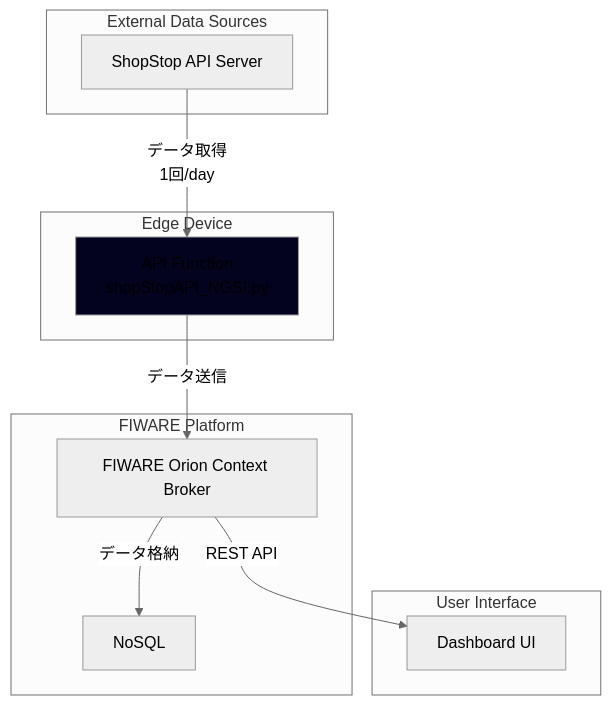
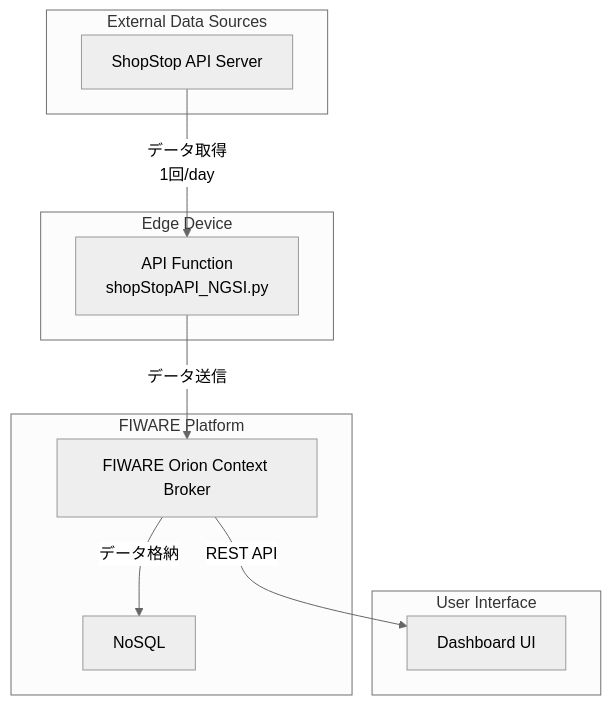
One commit to elnas0311/FDC changed the diagram in architecture.md. Above: the diagram before and after it, drawn with Mermaid (neutral theme).

````diff
--- a/architecture.md
+++ b/architecture.md
@@ -1,29 +1,28 @@
 ```mermaid
 
 graph TD
     A[ShopStop API Server] -->|データ取得<br>1回/day| B[API Function<br>shopStopAPI_NGSI.py]
     B -->|データ送信| D[FIWARE Orion Context Broker]
     D -->|データ格納| E[NoSQL]
     D -->|REST API| G[Dashboard UI]
 
     subgraph Edge Device
         B
     end
 
     subgraph FIWARE Platform
         D
         E
     end
 
     subgraph External Data Sources
         A
     end
 
     subgraph User Interface
         G
     end
     
-    style B fill:#030320
 
 
 ```
````
